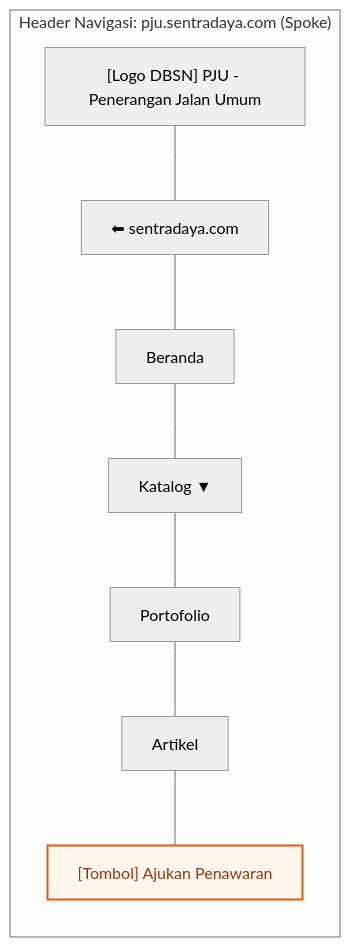
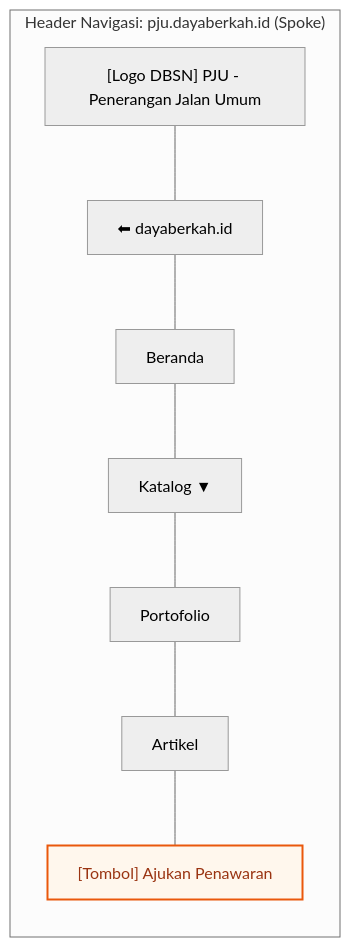
One commit to pxrzival404/arostech-hub changed the second of 3 diagrams in docs/core/information-architecture/ia-strategy-navigation.md. Above: the diagram before and after it, drawn with Mermaid. The commit also changed other lines of this file and 27 other files, not shown here.

````diff
--- a/docs/core/information-architecture/ia-strategy-navigation.md
+++ b/docs/core/information-architecture/ia-strategy-navigation.md
@@ -82,22 +82,22 @@
 ```mermaid
 ---
 config:
   layout: dagre
   theme: neutral
 ---
 flowchart LR
     classDef entry fill:#fef3c7,stroke:#d97706,stroke-width:2px,color:#92400e
     classDef conversion fill:#fff7ed,stroke:#ea580c,stroke-width:2px,color:#9a3412
 
- subgraph HEADER_SPOKE["Header Navigasi: pju.sentradaya.com (Spoke)"]
+ subgraph HEADER_SPOKE["Header Navigasi: pju.dayaberkah.id (Spoke)"]
         S_LOGO["[Logo DBSN] PJU - Penerangan Jalan Umum"]
-        S_BACK["⬅ sentradaya.com"]
+        S_BACK["⬅ dayaberkah.id"]
         S_NAV1["Beranda"]
         S_NAV2["Katalog ▼"]
         S_NAV3["Portofolio"]
         S_NAV4["Artikel"]
         S_CTA["[Tombol] Ajukan Penawaran"]
  end
     S_LOGO --- S_BACK --- S_NAV1 --- S_NAV2 --- S_NAV3 --- S_NAV4 --- S_CTA
     class S_CTA conversion
 ```
````
